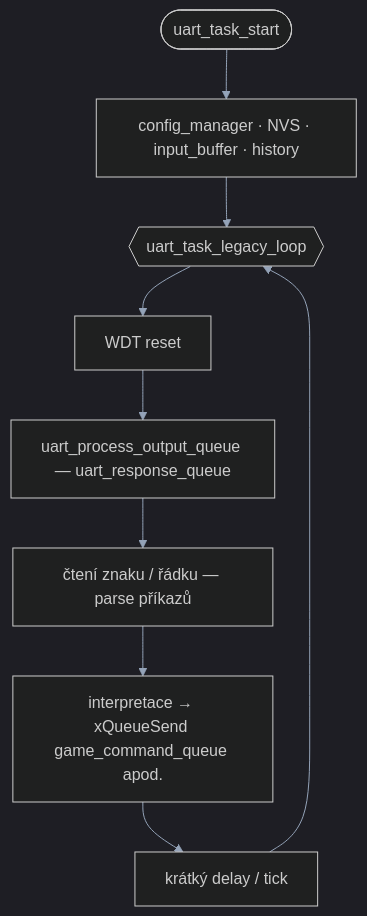
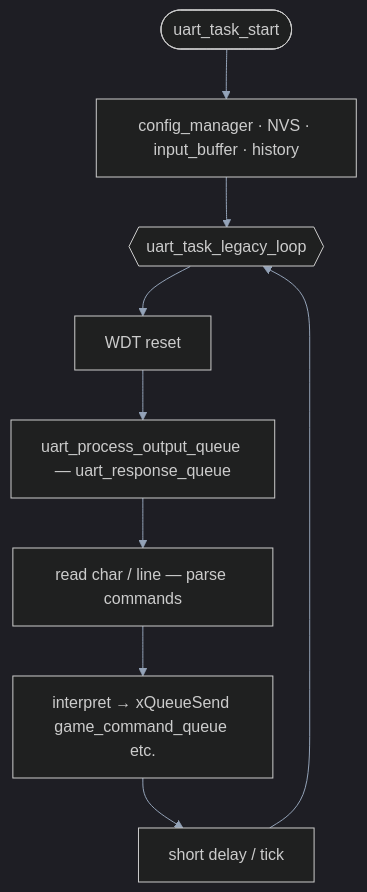
Before and after one commit to AlfredKrutina/chess_esp32_c6_devkit: the diagram in docs/diagrams/sources/task_uart_loop.mmd, drawn with Mermaid. The commit also changed 372 other files, not shown here.

```diff
--- a/docs/diagrams/sources/task_uart_loop.mmd
+++ b/docs/diagrams/sources/task_uart_loop.mmd
@@ -1,12 +1,12 @@
-%% uart_task_start — konzole → game_command_queue / výstup
+%% uart_task_start — console → game_command_queue / output
 %%{init: {'theme':'dark','themeVariables':{'fontFamily':'system-ui,sans-serif','clusterBkg':'#0f172a','clusterBorder':'#334155','lineColor':'#94a3b8','primaryTextColor':'#f1f5f9','edgeLabelBackground':'#1e293b','titleColor':'#f8fafc'}}}%%
 flowchart TD
   START([uart_task_start]) --> CFG[config_manager · NVS · input_buffer · history]
   CFG --> LOOP{{uart_task_legacy_loop}}
 
   LOOP --> WDT[WDT reset]
   WDT --> OUT[uart_process_output_queue — uart_response_queue]
-  OUT --> IN[čtení znaku / řádku — parse příkazů]
-  IN --> DISPATCH[interpretace → xQueueSend game_command_queue apod.]
-  DISPATCH --> DLY[krátký delay / tick]
+  OUT --> IN[read char / line — parse commands]
+  IN --> DISPATCH[interpret → xQueueSend game_command_queue etc.]
+  DISPATCH --> DLY[short delay / tick]
   DLY --> LOOP
```
